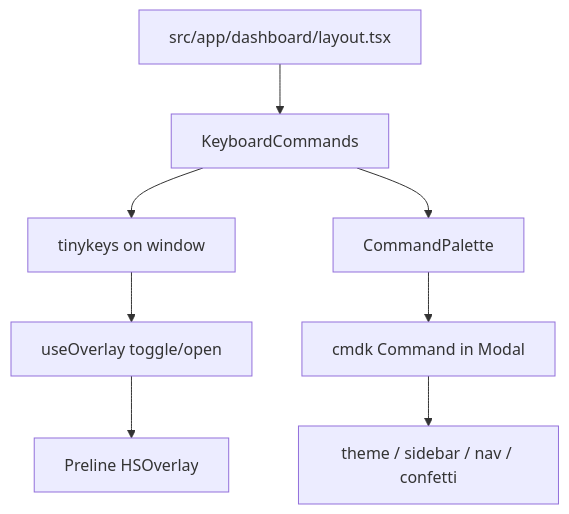
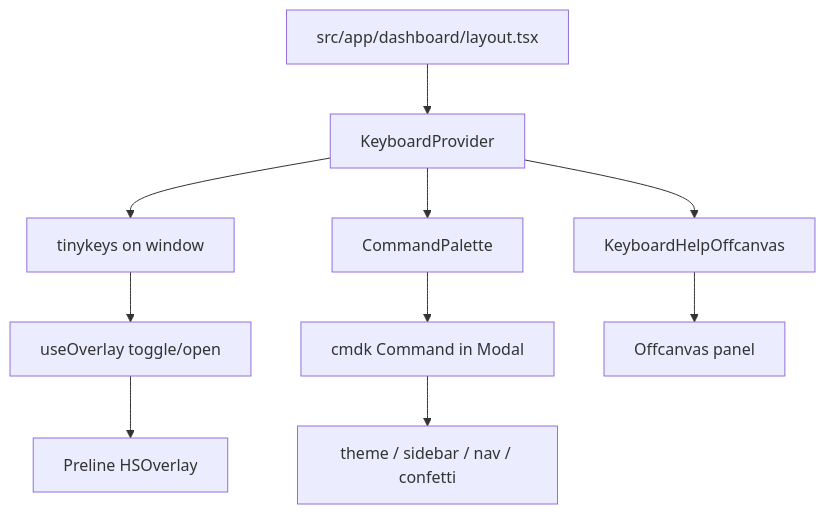
One commit to brandon-cercedo/root-next-template changed the diagram in docs/keyboard-shortcuts.md. Above: the diagram before and after it, drawn with Mermaid. The commit also changed other lines of this file and 8 other files, not shown here.

Commit message:
feat(RNT-30): add keyboard shortcuts help offcanvas (#25)

````diff
--- a/docs/keyboard-shortcuts.md
+++ b/docs/keyboard-shortcuts.md
@@ -43,10 +47,12 @@
 ```mermaid
 flowchart TD
-  Layout["src/app/dashboard/layout.tsx"] --> Commands["KeyboardCommands"]
-  Commands --> Tinykeys["tinykeys on window"]
-  Commands --> Palette["CommandPalette"]
+  Layout["src/app/dashboard/layout.tsx"] --> Provider["KeyboardProvider"]
+  Provider --> Tinykeys["tinykeys on window"]
+  Provider --> Palette["CommandPalette"]
+  Provider --> Help["KeyboardHelpOffcanvas"]
   Tinykeys --> Overlay["useOverlay toggle/open"]
   Palette --> Cmdk["cmdk Command in Modal"]
+  Help --> Offcanvas["Offcanvas panel"]
   Cmdk --> Actions["theme / sidebar / nav / confetti"]
   Overlay --> Preline["Preline HSOverlay"]
 ```
````
